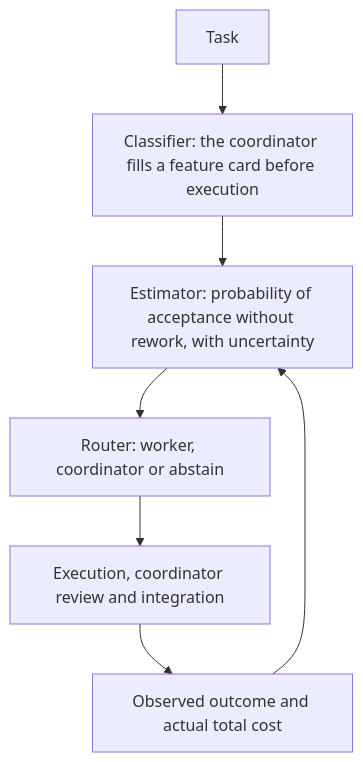
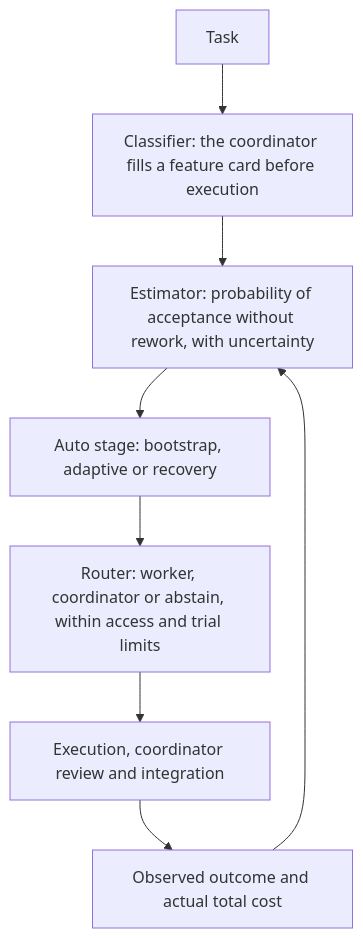
One commit to kirill31337/deepseek-team changed the diagram in docs/ROUTING.md. Above: the diagram before and after it, drawn with Mermaid. The commit also changed other lines of this file and 20 other files, not shown here.

Commit message:
feat: automatically bootstrap adaptive delegation

````diff
--- a/docs/ROUTING.md
+++ b/docs/ROUTING.md
@@ -16,9 +16,10 @@
 ```mermaid
 flowchart TD
     T[Task] --> C["Classifier: the coordinator fills a feature card before execution"]
     C --> E["Estimator: probability of acceptance without rework, with uncertainty"]
-    E --> R["Router: worker, coordinator or abstain"]
+    E --> S["Auto stage: bootstrap, adaptive or recovery"]
+    S --> R["Router: worker, coordinator or abstain, within access and trial limits"]
     R --> X["Execution, coordinator review and integration"]
     X --> O["Observed outcome and actual total cost"]
     O --> E
 ```
````
